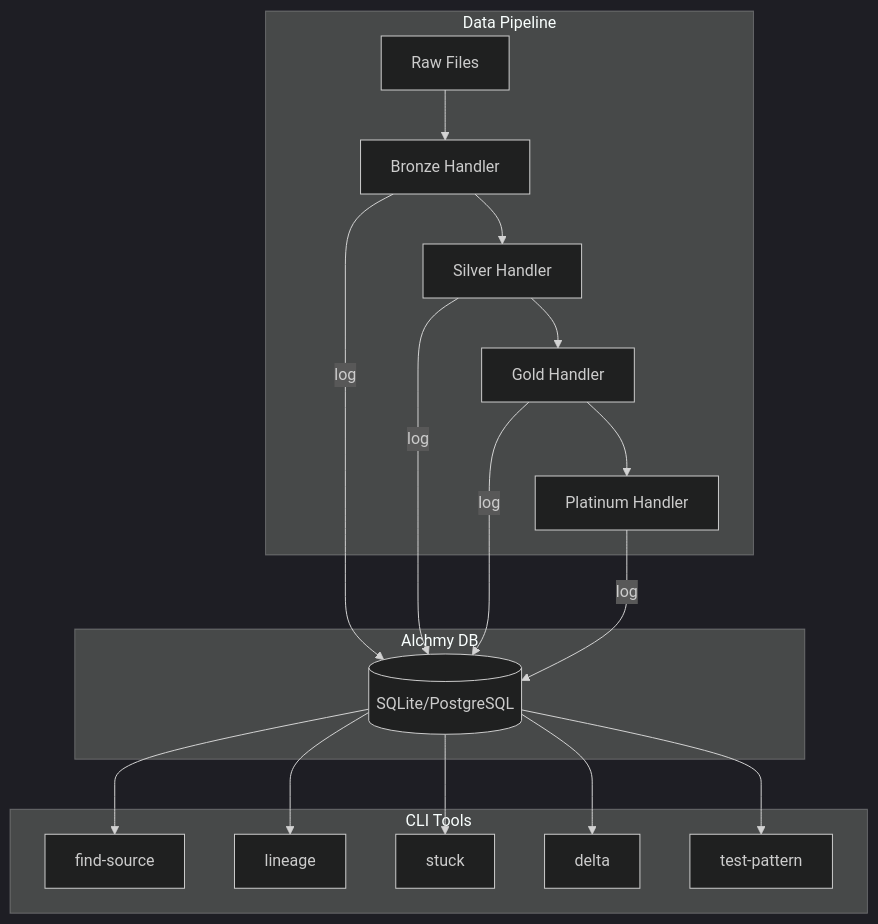
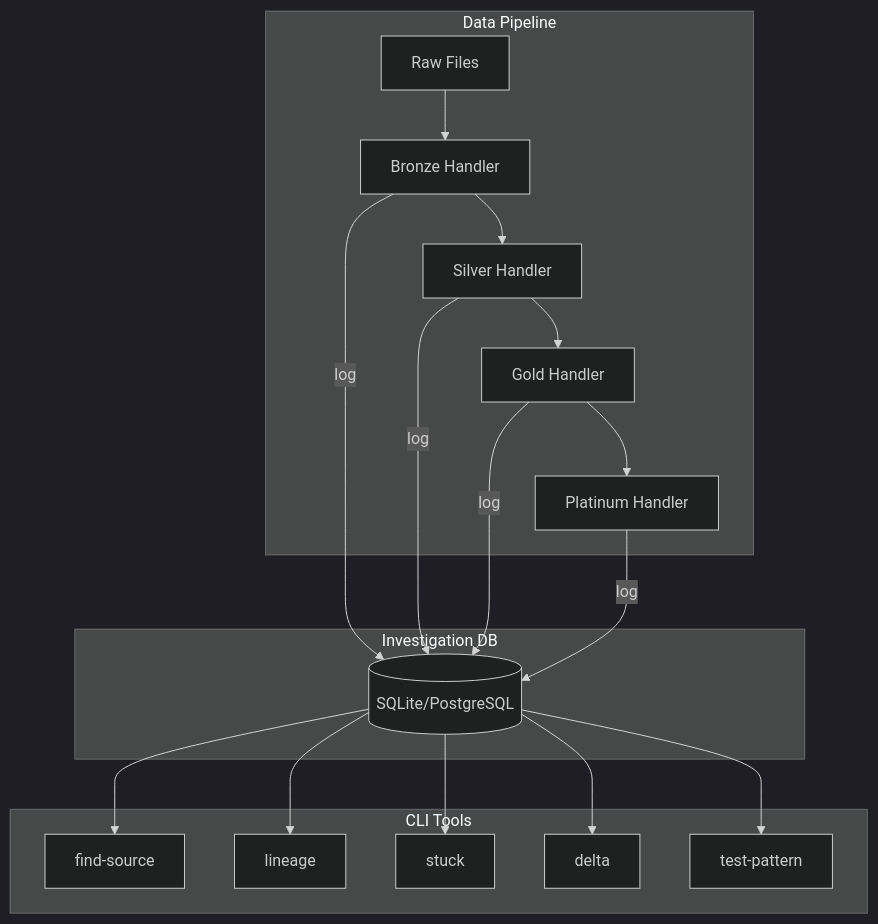
The fifth of 5 diagrams in docs/ideas/investigation-db.md (ThanuMahee12/AgentContext), drawn with Mermaid (dark theme) before and after one commit. The commit also changed other lines of this file, not shown here.

Commit message:
docs: clarify Investigation DB as standalone schema

````diff
--- a/docs/ideas/investigation-db.md
+++ b/docs/ideas/investigation-db.md
@@ -580,24 +582,24 @@
 ```mermaid
 graph TD
     subgraph Data Pipeline
         RAW[Raw Files] --> B[Bronze Handler]
         B --> S[Silver Handler]
         S --> G[Gold Handler]
         G --> P[Platinum Handler]
     end
 
-    subgraph Alchmy DB
+    subgraph Investigation DB
         B -->|log| DB[(SQLite/PostgreSQL)]
         S -->|log| DB
         G -->|log| DB
         P -->|log| DB
     end
 
     subgraph CLI Tools
         DB --> Q1[find-source]
         DB --> Q2[lineage]
         DB --> Q3[stuck]
         DB --> Q4[delta]
         DB --> Q5[test-pattern]
     end
 ```
````
